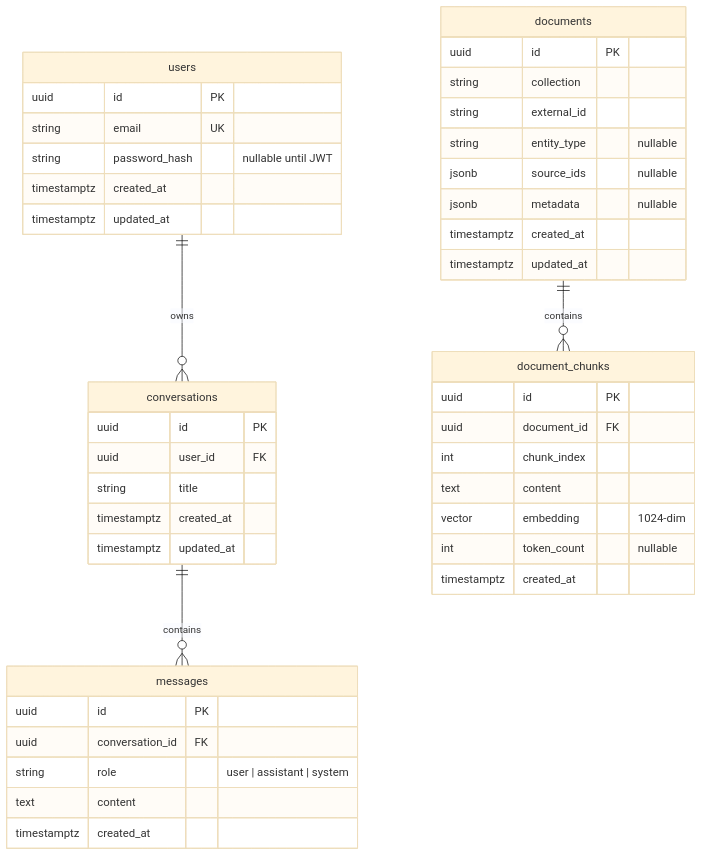
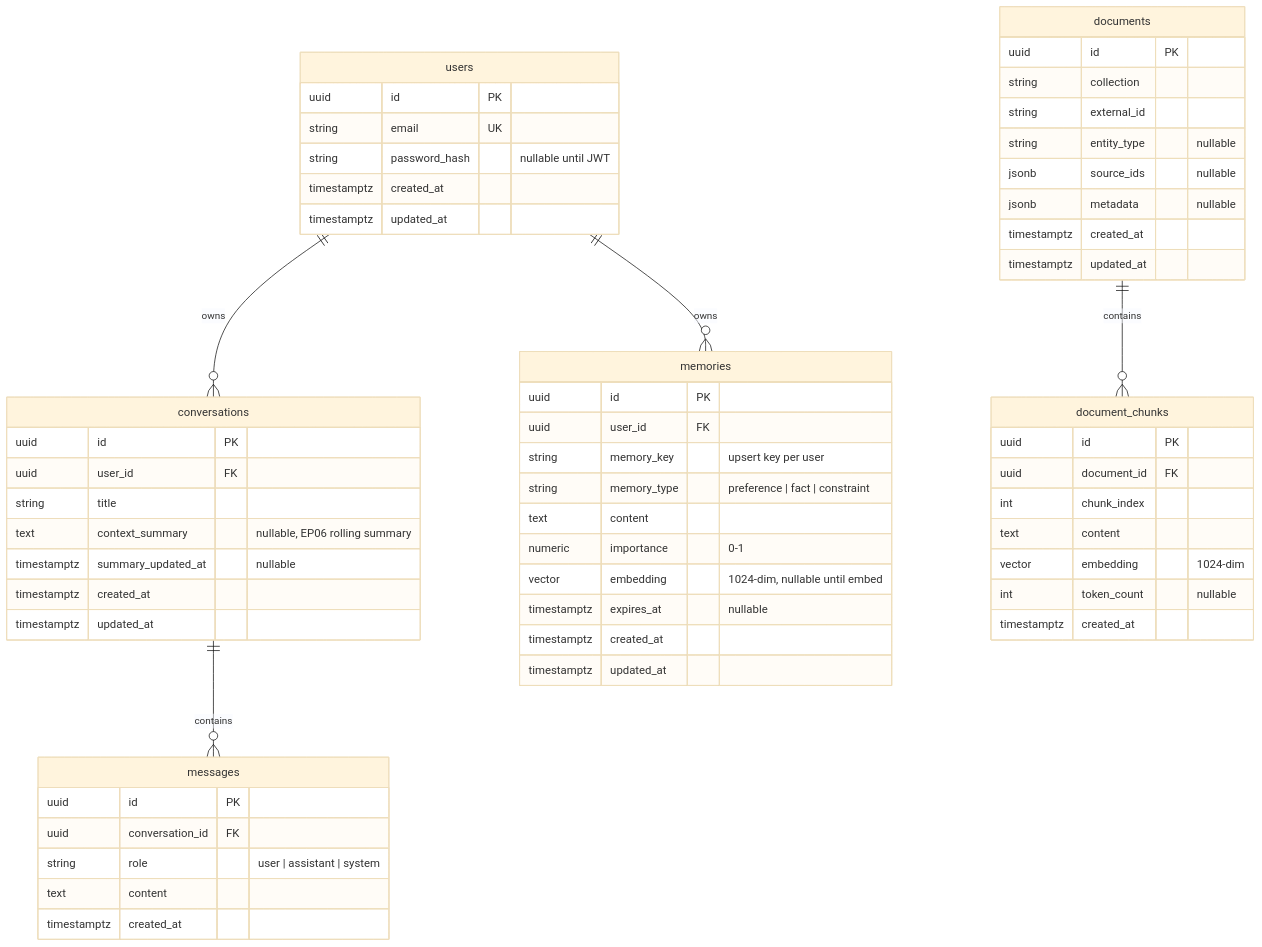
The diagram in docs/database.md (JoeSmile/memoryOS), drawn with Mermaid (base theme) before and after one commit. The commit also changed other lines of this file and 2 other files, not shown here.

First line of the commit message:
feat(api): ep06-memory task 3.1 memories schema migration

````diff
--- a/docs/database.md
+++ b/docs/database.md
@@ -12,51 +12,67 @@
 ```mermaid
 erDiagram
     users ||--o{ conversations : owns
+    users ||--o{ memories : owns
     conversations ||--o{ messages : contains
     documents ||--o{ document_chunks : contains
 
     users {
         uuid id PK
         string email UK
         string password_hash "nullable until JWT"
         timestamptz created_at
         timestamptz updated_at
     }
 
     conversations {
         uuid id PK
         uuid user_id FK
         string title
+        text context_summary "nullable, EP06 rolling summary"
+        timestamptz summary_updated_at "nullable"
+        timestamptz created_at
+        timestamptz updated_at
+    }
+
+    memories {
+        uuid id PK
+        uuid user_id FK
+        string memory_key "upsert key per user"
+        string memory_type "preference | fact | constraint"
+        text content
+        numeric importance "0-1"
+        vector embedding "1024-dim, nullable until embed"
+        timestamptz expires_at "nullable"
         timestamptz created_at
         timestamptz updated_at
     }
 
     messages {
         uuid id PK
         uuid conversation_id FK
         string role "user | assistant | system"
         text content
         timestamptz created_at
     }
 
     documents {
         uuid id PK
         string collection
         string external_id
         string entity_type "nullable"
         jsonb source_ids "nullable"
         jsonb metadata "nullable"
         timestamptz created_at
         timestamptz updated_at
     }
 
     document_chunks {
         uuid id PK
         uuid document_id FK
         int chunk_index
         text content
         vector embedding "1024-dim"
         int token_count "nullable"
         timestamptz created_at
     }
 ```
````
